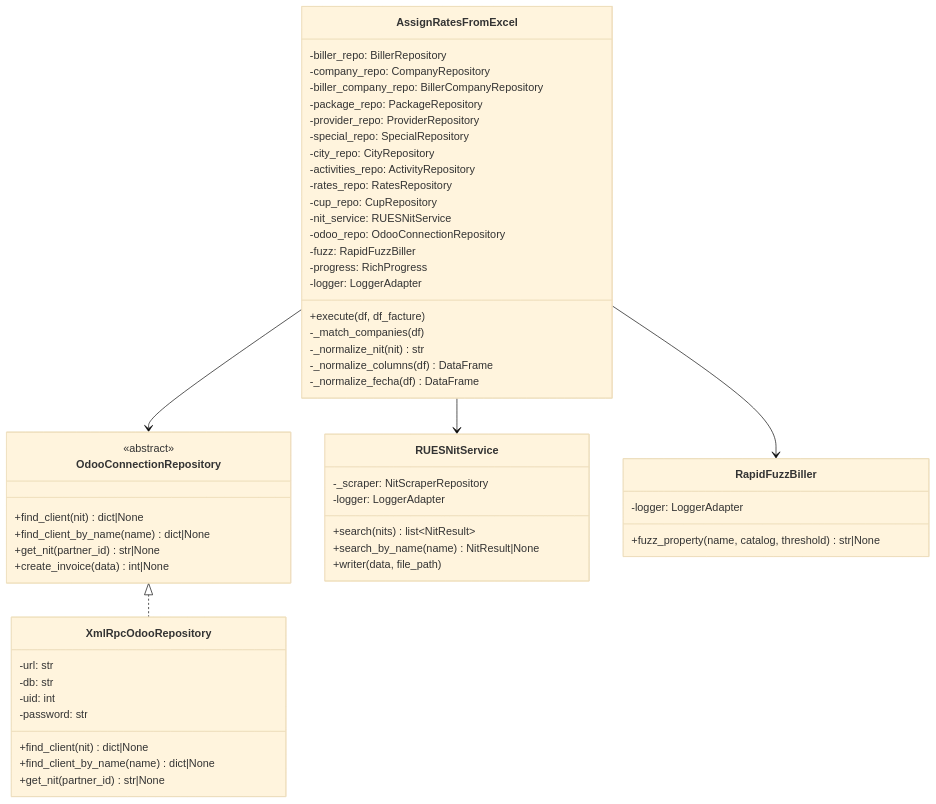
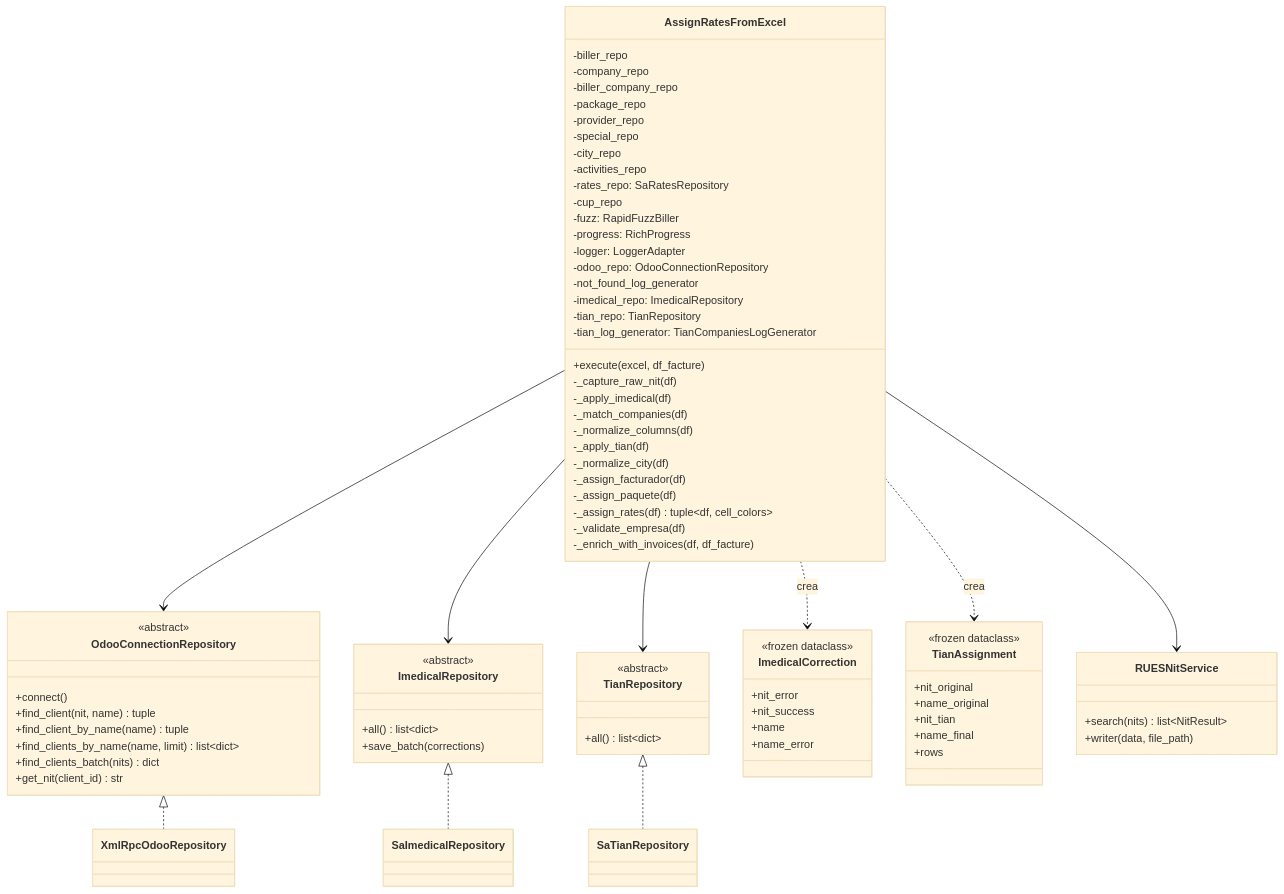
One commit to santo2409/Facturacion changed the fourth of 12 diagrams in docs/c4-diagrams.md. Above: the diagram before and after it, drawn with Mermaid (base theme). The commit also changed other lines of this file, not shown here.

Commit message:
docs(c4-diagrams): update architectural diagrams and flowcharts for clarity and detail

````diff
--- a/docs/c4-diagrams.md
+++ b/docs/c4-diagrams.md
@@ -132,61 +133,88 @@
 ```mermaid
 classDiagram
     class AssignRatesFromExcel {
-        -biller_repo: BillerRepository
-        -company_repo: CompanyRepository
-        -biller_company_repo: BillerCompanyRepository
-        -package_repo: PackageRepository
-        -provider_repo: ProviderRepository
-        -special_repo: SpecialRepository
-        -city_repo: CityRepository
-        -activities_repo: ActivityRepository
-        -rates_repo: RatesRepository
-        -cup_repo: CupRepository
-        -nit_service: RUESNitService
-        -odoo_repo: OdooConnectionRepository
+        -biller_repo
+        -company_repo
+        -biller_company_repo
+        -package_repo
+        -provider_repo
+        -special_repo
+        -city_repo
+        -activities_repo
+        -rates_repo: SaRatesRepository
+        -cup_repo
         -fuzz: RapidFuzzBiller
         -progress: RichProgress
         -logger: LoggerAdapter
-        +execute(df, df_facture)
+        -odoo_repo: OdooConnectionRepository
+        -not_found_log_generator
+        -imedical_repo: ImedicalRepository
+        -tian_repo: TianRepository
+        -tian_log_generator: TianCompaniesLogGenerator
+        +execute(excel, df_facture)
+        -_capture_raw_nit(df)
+        -_apply_imedical(df)
         -_match_companies(df)
-        -_normalize_nit(nit) str
-        -_normalize_columns(df) DataFrame
-        -_normalize_fecha(df) DataFrame
+        -_normalize_columns(df)
+        -_apply_tian(df)
+        -_normalize_city(df)
+        -_assign_facturador(df)
+        -_assign_paquete(df)
+        -_assign_rates(df) tuple~df, cell_colors~
+        -_validate_empresa(df)
+        -_enrich_with_invoices(df, df_facture)
     }
 
     class OdooConnectionRepository {
         <<abstract>>
-        +find_client(nit) dict|None
-        +find_client_by_name(name) dict|None
-        +get_nit(partner_id) str|None
-        +create_invoice(data) int|None
+        +connect()
+        +find_client(nit, name) tuple
+        +find_client_by_name(name) tuple
+        +find_clients_by_name(name, limit) list~dict~
+        +find_clients_batch(nits) dict
+        +get_nit(client_id) str
     }
 
-    class XmlRpcOdooRepository {
-        -url: str
-        -db: str
-        -uid: int
-        -password: str
-        +find_client(nit) dict|None
-        +find_client_by_name(name) dict|None
-        +get_nit(partner_id) str|None
+    class ImedicalRepository {
+        <<abstract>>
+        +all() list~dict~
+        +save_batch(corrections)
+    }
+
+    class TianRepository {
+        <<abstract>>
+        +all() list~dict~
+    }
+
+    class ImedicalCorrection {
+        <<frozen dataclass>>
+        +nit_error
+        +nit_success
+        +name
+        +name_error
+    }
+
+    class TianAssignment {
+        <<frozen dataclass>>
+        +nit_original
+        +name_original
+        +nit_tian
+        +name_final
+        +rows
     }
 
     class RUESNitService {
-        -_scraper: NitScraperRepository
-        -logger: LoggerAdapter
         +search(nits) list~NitResult~
-        +search_by_name(name) NitResult|None
         +writer(data, file_path)
     }
 
-    class RapidFuzzBiller {
-        -logger: LoggerAdapter
-        +fuzz_property(name, catalog, threshold) str|None
-    }
-
     AssignRatesFromExcel --> OdooConnectionRepository
+    AssignRatesFromExcel --> ImedicalRepository
+    AssignRatesFromExcel --> TianRepository
     AssignRatesFromExcel --> RUESNitService
-    AssignRatesFromExcel --> RapidFuzzBiller
+    AssignRatesFromExcel ..> ImedicalCorrection : crea
+    AssignRatesFromExcel ..> TianAssignment : crea
     OdooConnectionRepository <|.. XmlRpcOdooRepository
+    ImedicalRepository <|.. SaImedicalRepository
+    TianRepository <|.. SaTianRepository
 ```
````
